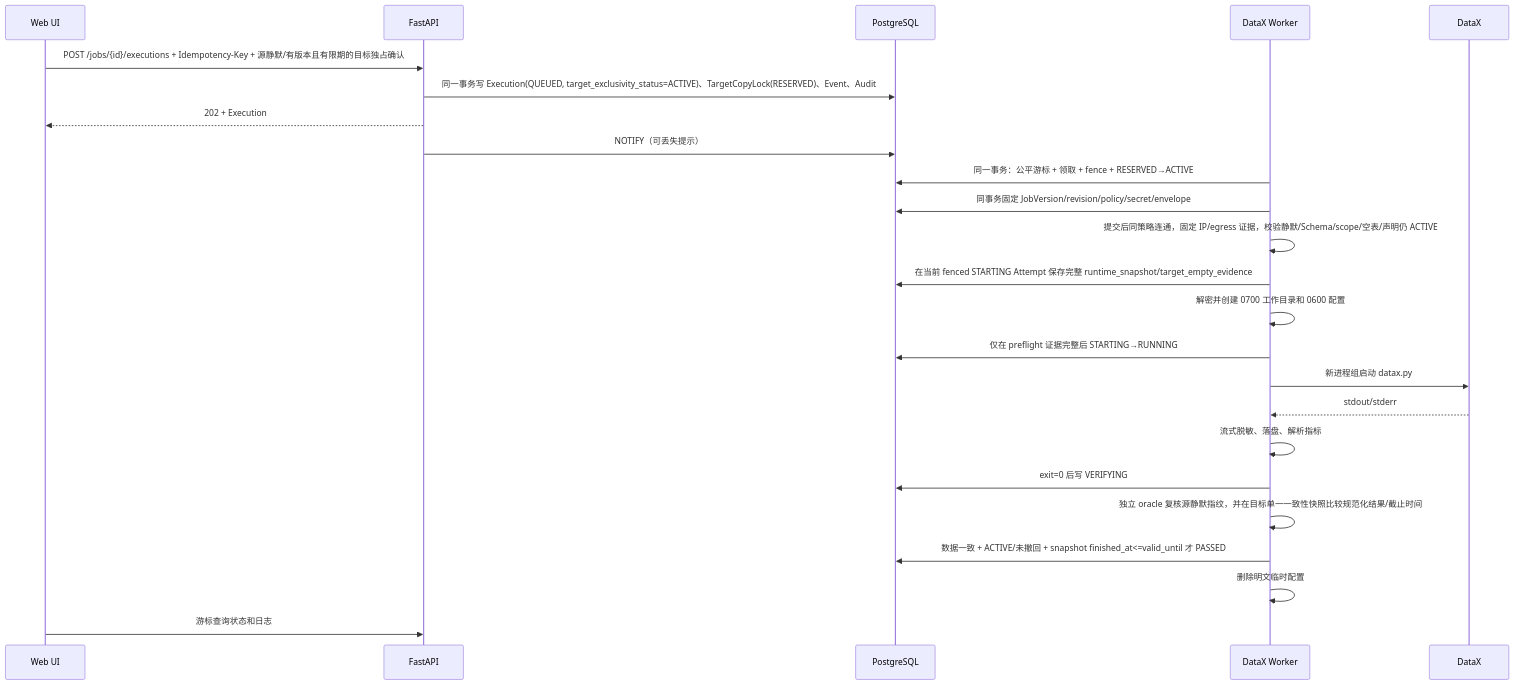
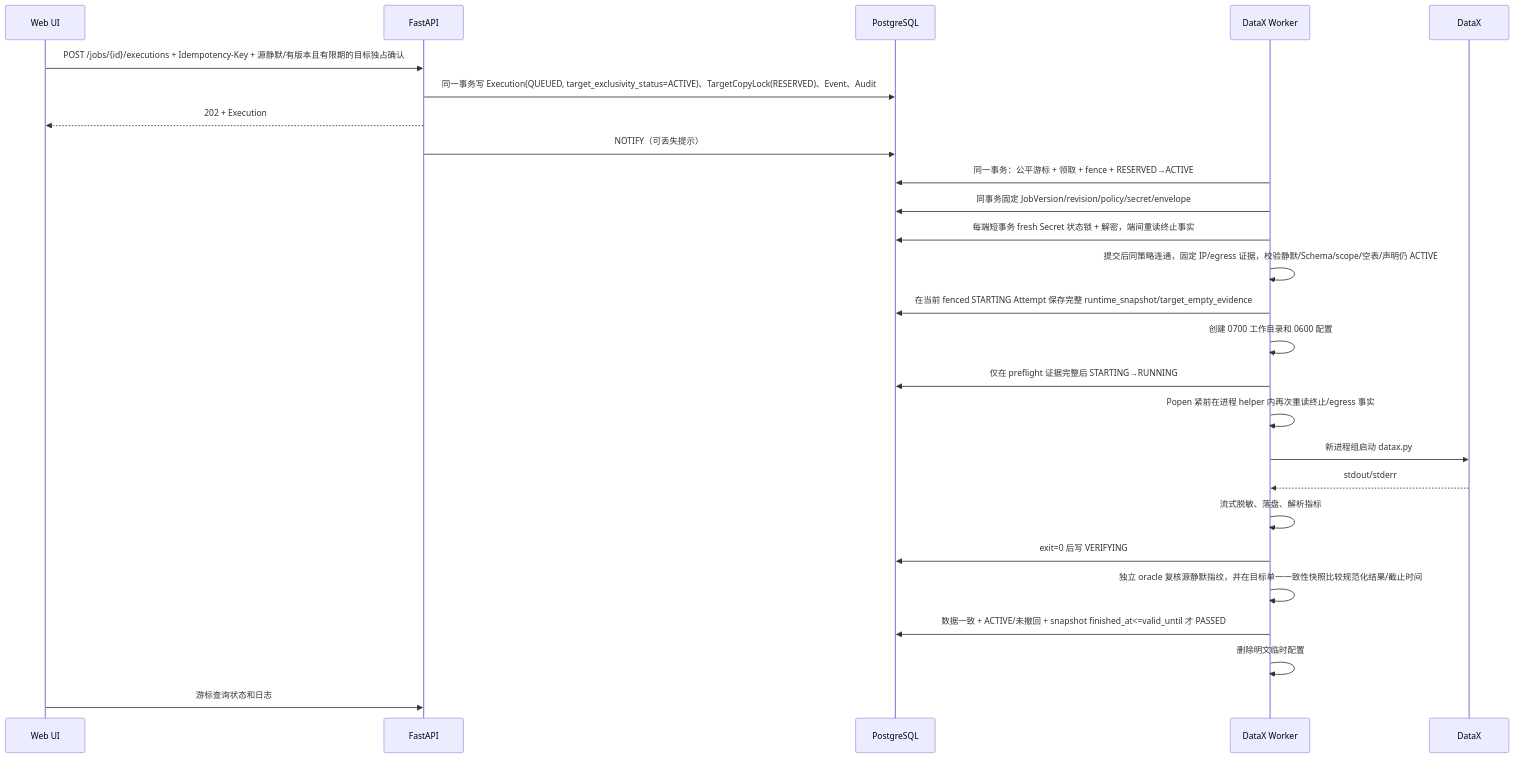
The second of 3 diagrams in docs/03_技术架构设计.md (xiaoli2hust/datax), drawn with Mermaid before and after one commit. The commit also changed other lines of this file and 56 other files, not shown here.

````diff
--- a/docs/03_技术架构设计.md
+++ b/docs/03_技术架构设计.md
@@ -312,27 +342,29 @@
 ```mermaid
 sequenceDiagram
     participant UI as Web UI
     participant API as FastAPI
     participant DB as PostgreSQL
     participant W as DataX Worker
     participant DX as DataX
 
     UI->>API: POST /jobs/{id}/executions + Idempotency-Key + 源静默/有版本且有限期的目标独占确认
     API->>DB: 同一事务写 Execution(QUEUED, target_exclusivity_status=ACTIVE)、TargetCopyLock(RESERVED)、Event、Audit
     API-->>UI: 202 + Execution
     API->>DB: NOTIFY（可丢失提示）
     W->>DB: 同一事务：公平游标 + 领取 + fence + RESERVED→ACTIVE
     W->>DB: 同事务固定 JobVersion/revision/policy/secret/envelope
+    W->>DB: 每端短事务 fresh Secret 状态锁 + 解密，端间重读终止事实
     W->>W: 提交后同策略连通，固定 IP/egress 证据，校验静默/Schema/scope/空表/声明仍 ACTIVE
     W->>DB: 在当前 fenced STARTING Attempt 保存完整 runtime_snapshot/target_empty_evidence
-    W->>W: 解密并创建 0700 工作目录和 0600 配置
+    W->>W: 创建 0700 工作目录和 0600 配置
     W->>DB: 仅在 preflight 证据完整后 STARTING→RUNNING
+    W->>W: Popen 紧前在进程 helper 内再次重读终止/egress 事实
     W->>DX: 新进程组启动 datax.py
     DX-->>W: stdout/stderr
     W->>W: 流式脱敏、落盘、解析指标
     W->>DB: exit=0 后写 VERIFYING
     W->>W: 独立 oracle 复核源静默指纹，并在目标单一一致性快照比较规范化结果/截止时间
     W->>DB: 数据一致 + ACTIVE/未撤回 + snapshot finished_at<=valid_until 才 PASSED
     W->>W: 删除明文临时配置
     UI->>API: 游标查询状态和日志
 ```
````
